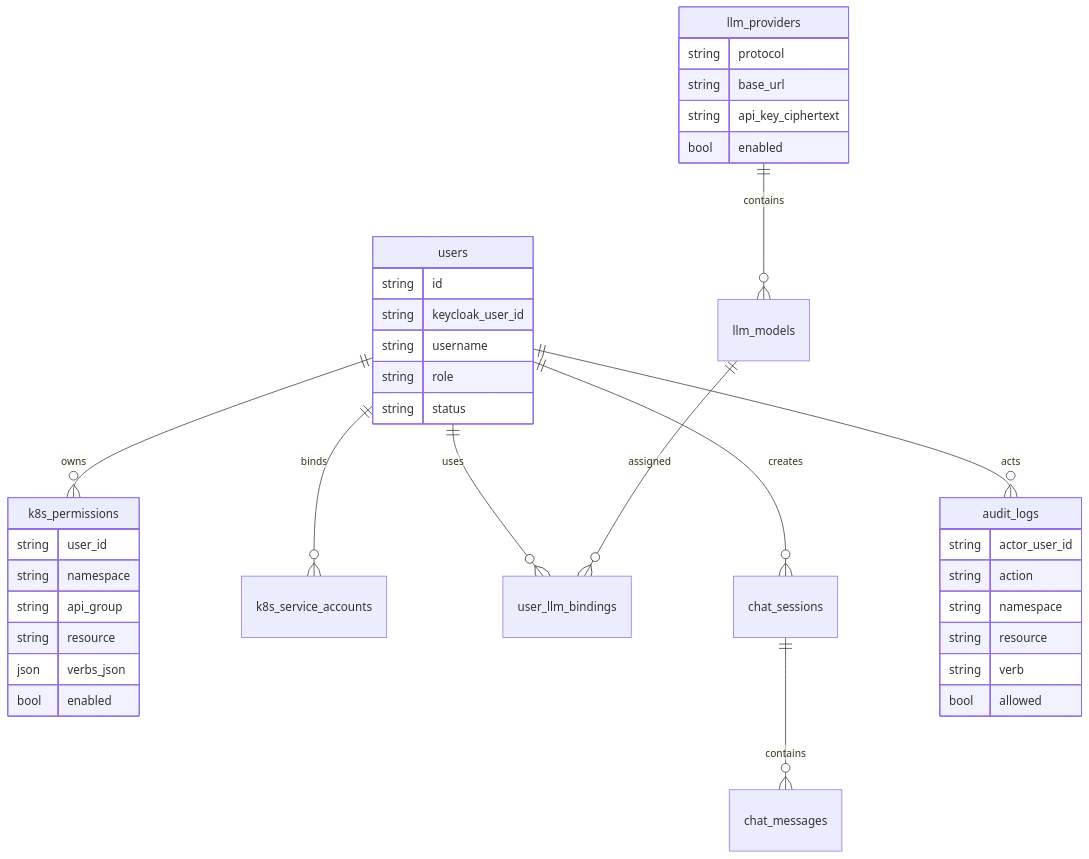
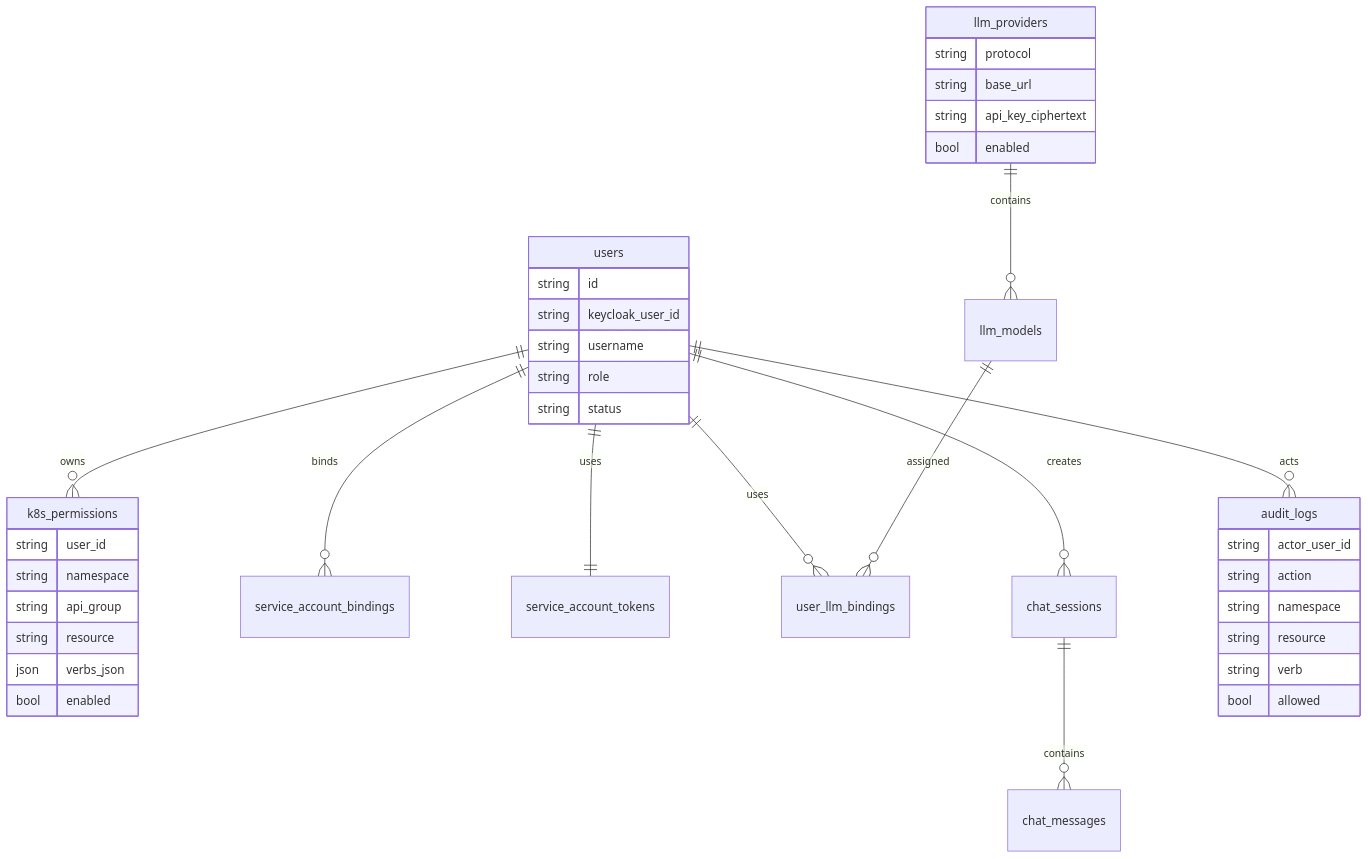
One commit to ZhaoXiangHeng/k8s-agent changed the diagram in docs/architecture/data-model.md. Above: the diagram before and after it, drawn with Mermaid. The commit also changed other lines of this file and 128 other files, not shown here.

````diff
--- a/docs/architecture/data-model.md
+++ b/docs/architecture/data-model.md
@@ -16,44 +15,45 @@
 ```mermaid
 erDiagram
   users ||--o{ k8s_permissions : owns
-  users ||--o{ k8s_service_accounts : binds
+  users ||--o{ service_account_bindings : binds
+  users ||--|| service_account_tokens : uses
   users ||--o{ user_llm_bindings : uses
   llm_providers ||--o{ llm_models : contains
   llm_models ||--o{ user_llm_bindings : assigned
   users ||--o{ chat_sessions : creates
   chat_sessions ||--o{ chat_messages : contains
   users ||--o{ audit_logs : acts
 
   users {
     string id
     string keycloak_user_id
     string username
     string role
     string status
   }
 
   k8s_permissions {
     string user_id
     string namespace
     string api_group
     string resource
     json verbs_json
     bool enabled
   }
 
   llm_providers {
     string protocol
     string base_url
     string api_key_ciphertext
     bool enabled
   }
 
   audit_logs {
     string actor_user_id
     string action
     string namespace
     string resource
     string verb
     bool allowed
   }
 ```
````
